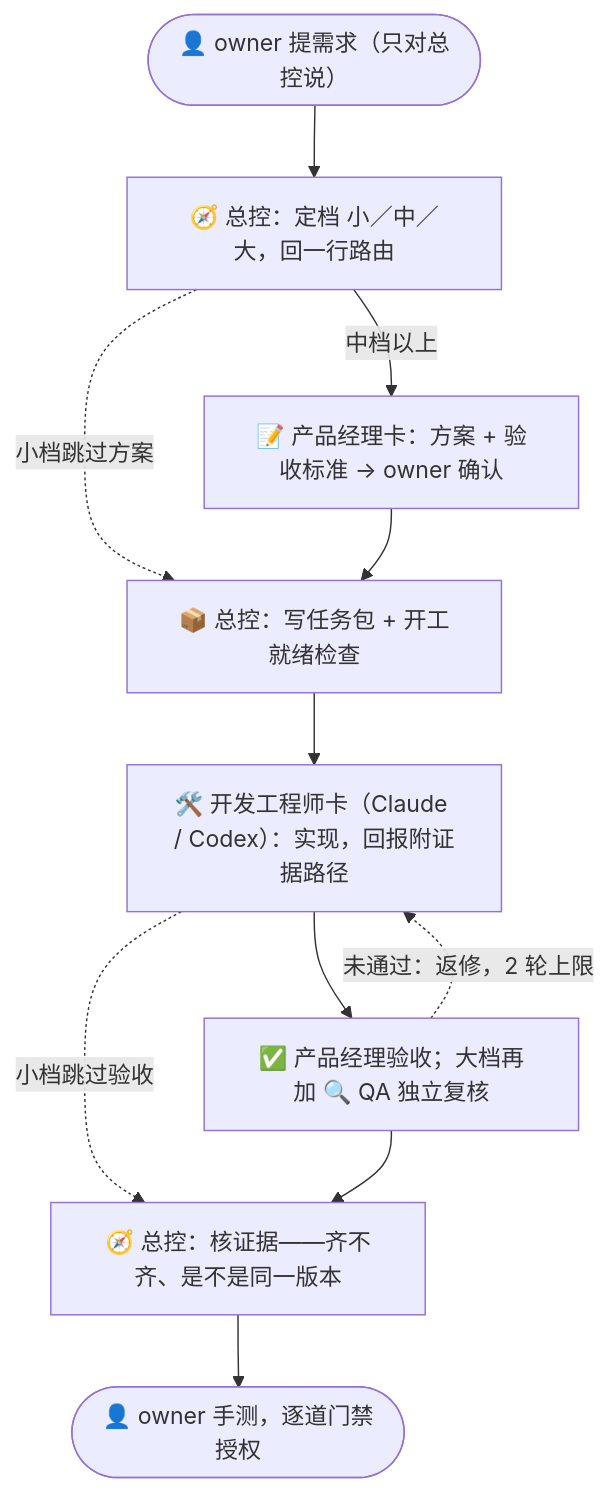
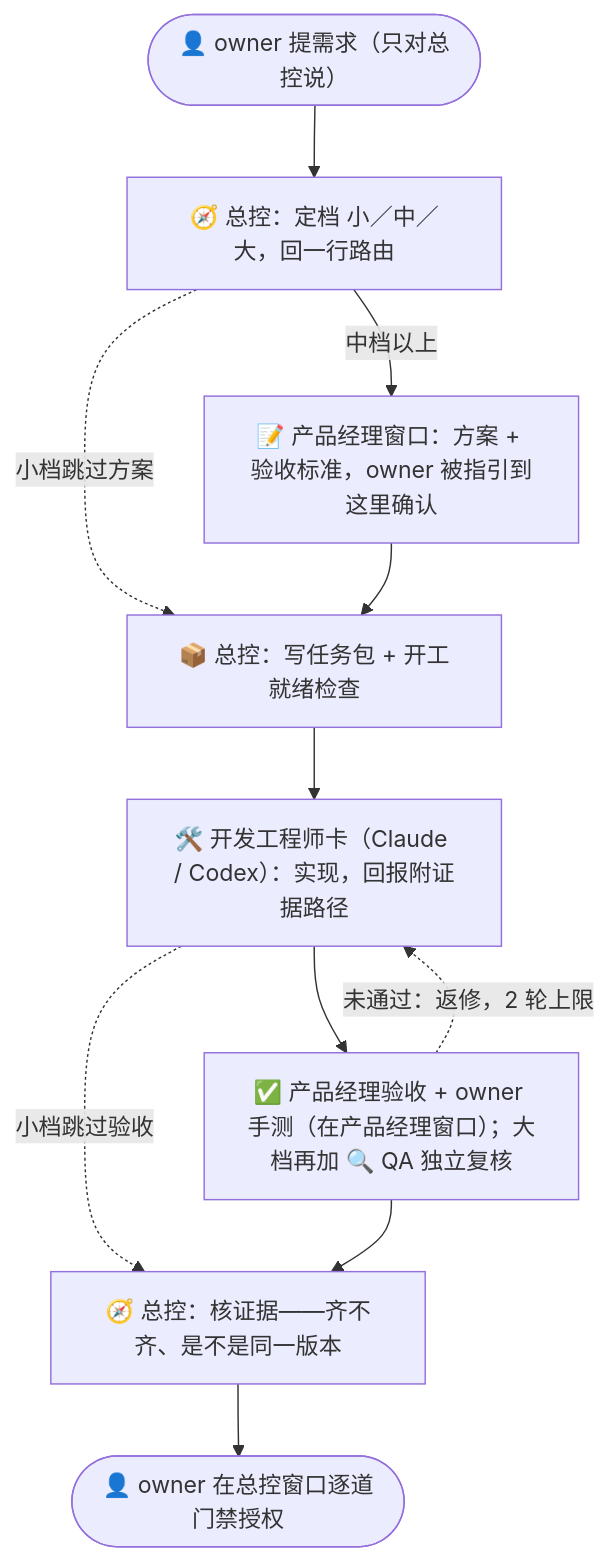
One commit to rainman016/solo-ai-team-playbook changed the diagram in README.md. Above: the diagram before and after it, drawn with Mermaid. The commit also changed other lines of this file and 14 other files, not shown here.

````diff
--- a/README.md
+++ b/README.md
@@ -33,13 +34,13 @@
 ```mermaid
 flowchart TB
     A(["👤 owner 提需求（只对总控说）"]) --> B["🧭 总控：定档 小／中／大，回一行路由"]
-    B -->|中档以上| C["📝 产品经理卡：方案 + 验收标准 → owner 确认"]
+    B -->|中档以上| C["📝 产品经理窗口：方案 + 验收标准，owner 被指引到这里确认"]
     B -.->|小档跳过方案| D
     C --> D["📦 总控：写任务包 + 开工就绪检查"]
     D --> E["🛠️ 开发工程师卡（Claude / Codex）：实现，回报附证据路径"]
-    E --> F["✅ 产品经理验收；大档再加 🔍 QA 独立复核"]
+    E --> F["✅ 产品经理验收 + owner 手测（在产品经理窗口）；大档再加 🔍 QA 独立复核"]
     E -.->|小档跳过验收| G
     F -.->|未通过：返修，2 轮上限| E
     F --> G["🧭 总控：核证据——齐不齐、是不是同一版本"]
-    G --> H(["👤 owner 手测，逐道门禁授权"])
+    G --> H(["👤 owner 在总控窗口逐道门禁授权"])
 ```
````
